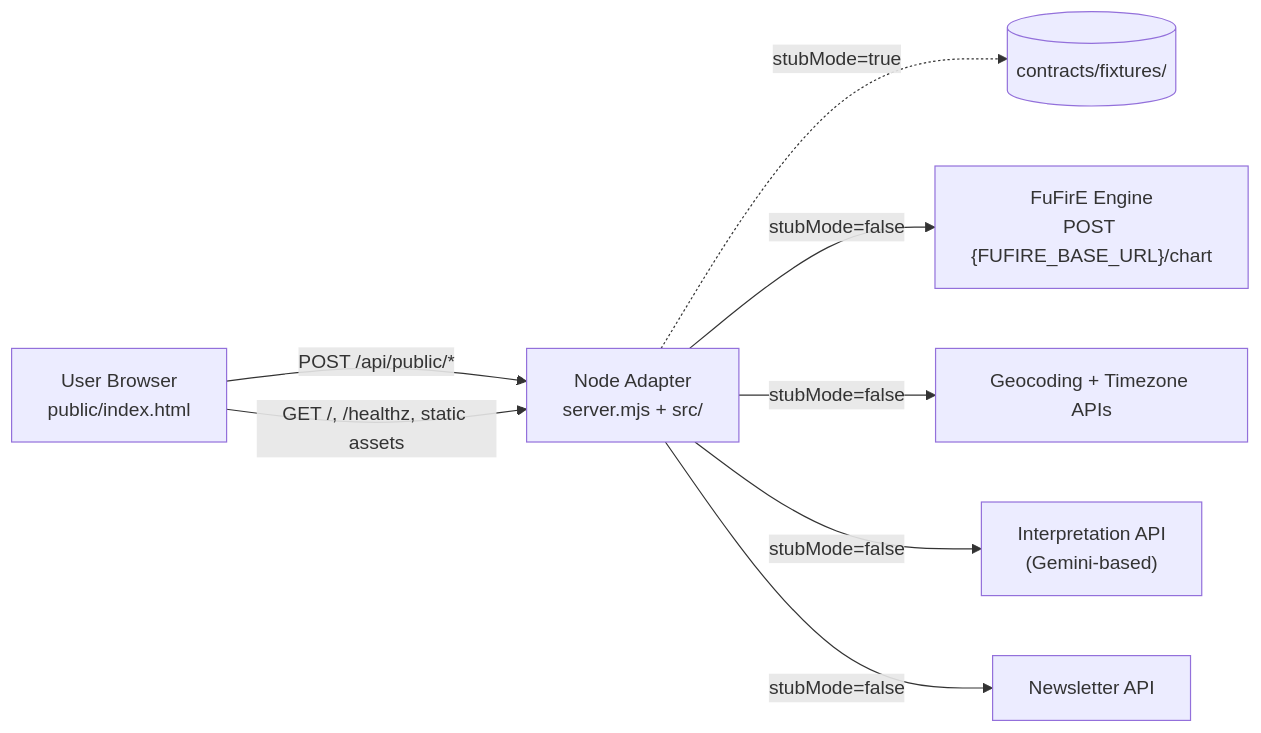
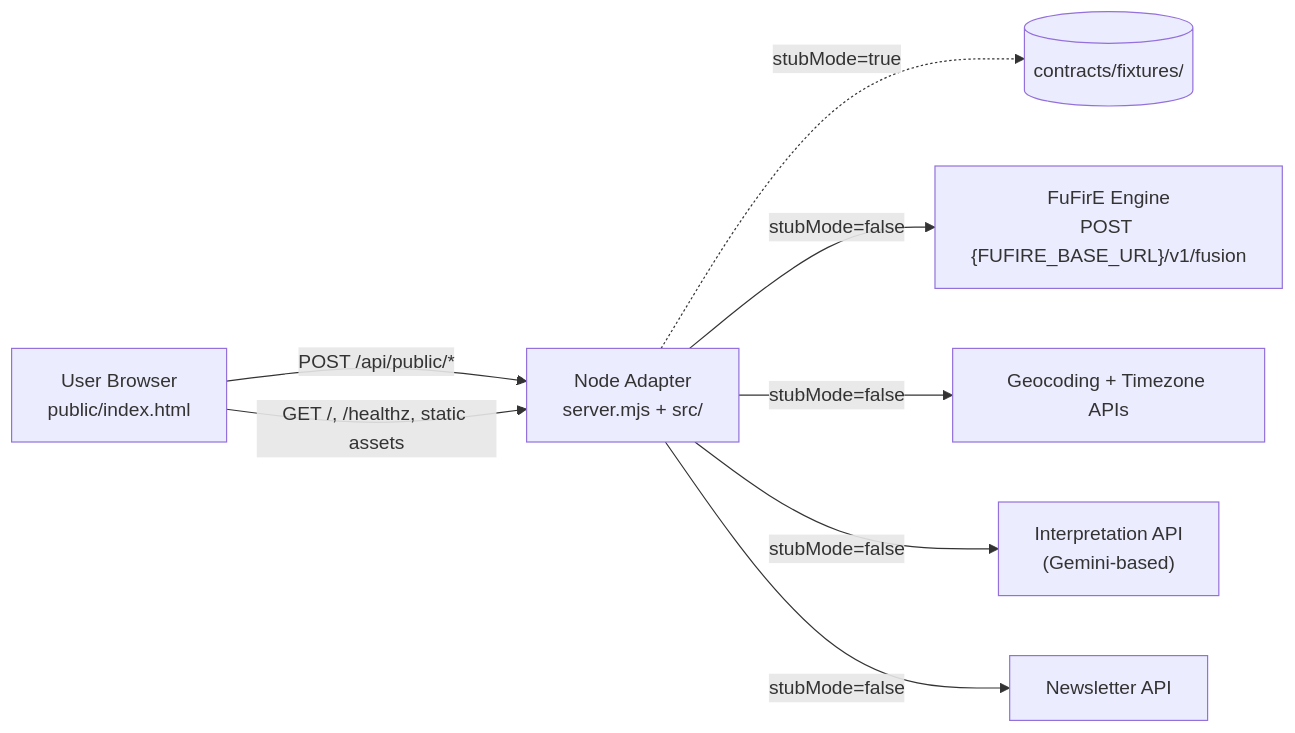
Before and after one commit to DYAI2025/Waitinglist.bazodiac: the first of 2 diagrams in 2-design/architecture.md, drawn with Mermaid. The commit also changed other lines of this file and 11 other files, not shown here.

````diff
--- a/2-design/architecture.md
+++ b/2-design/architecture.md
@@ -12,18 +12,18 @@
 ```mermaid
 graph LR
   Browser["User Browser<br/>public/index.html"]
   Server["Node Adapter<br/>server.mjs + src/"]
   Fixtures[("contracts/fixtures/")]
-  FuFirE["FuFirE Engine<br/>POST {FUFIRE_BASE_URL}/chart"]
+  FuFirE["FuFirE Engine<br/>POST {FUFIRE_BASE_URL}/v1/fusion"]
   Geo["Geocoding + Timezone APIs"]
   Interp["Interpretation API<br/>(Gemini-based)"]
   News["Newsletter API"]
 
   Browser -- "POST /api/public/*" --> Server
   Browser -- "GET /, /healthz, static assets" --> Server
   Server -. "stubMode=true" .-> Fixtures
   Server -- "stubMode=false" --> FuFirE
   Server -- "stubMode=false" --> Geo
   Server -- "stubMode=false" --> Interp
   Server -- "stubMode=false" --> News
 ```
````
